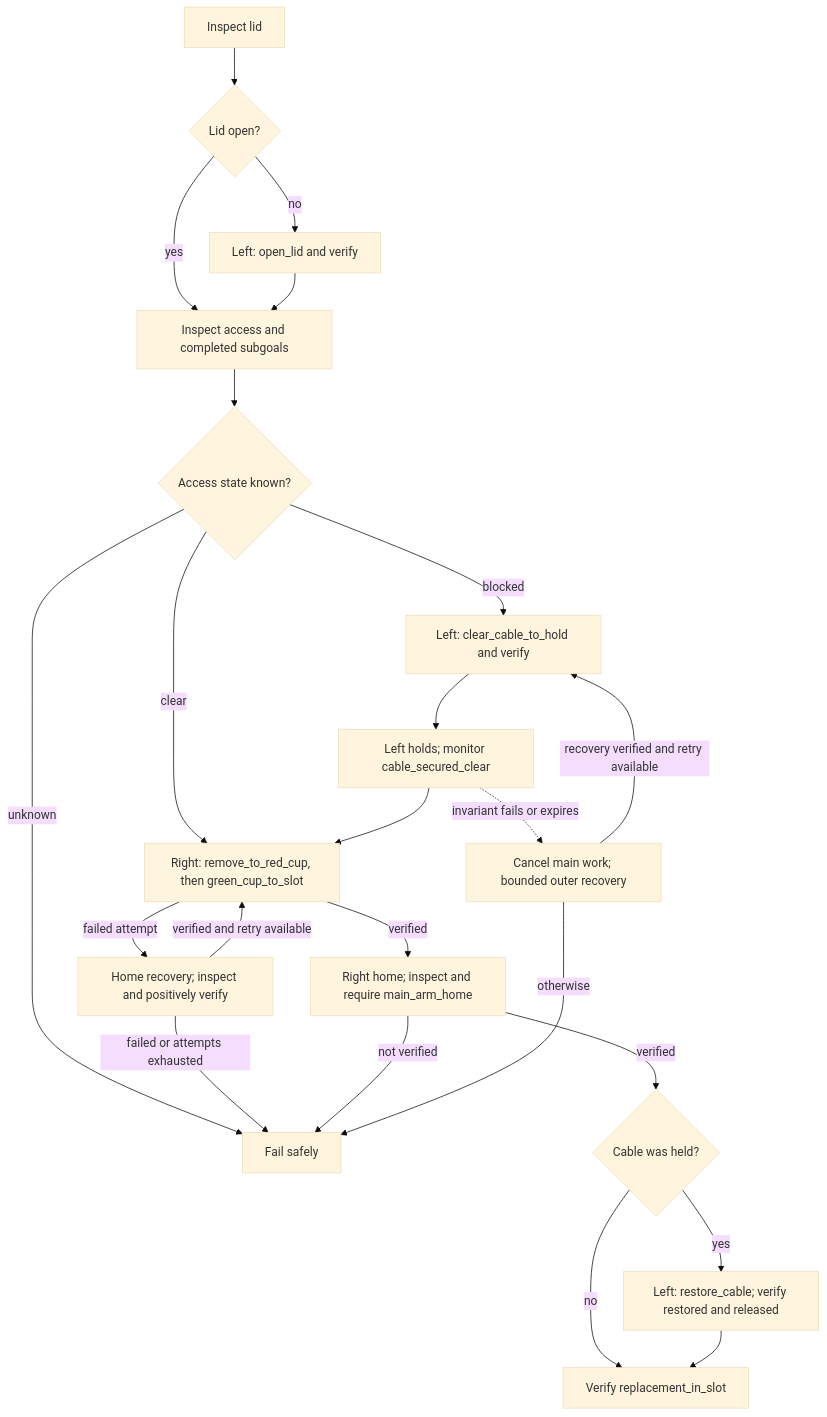
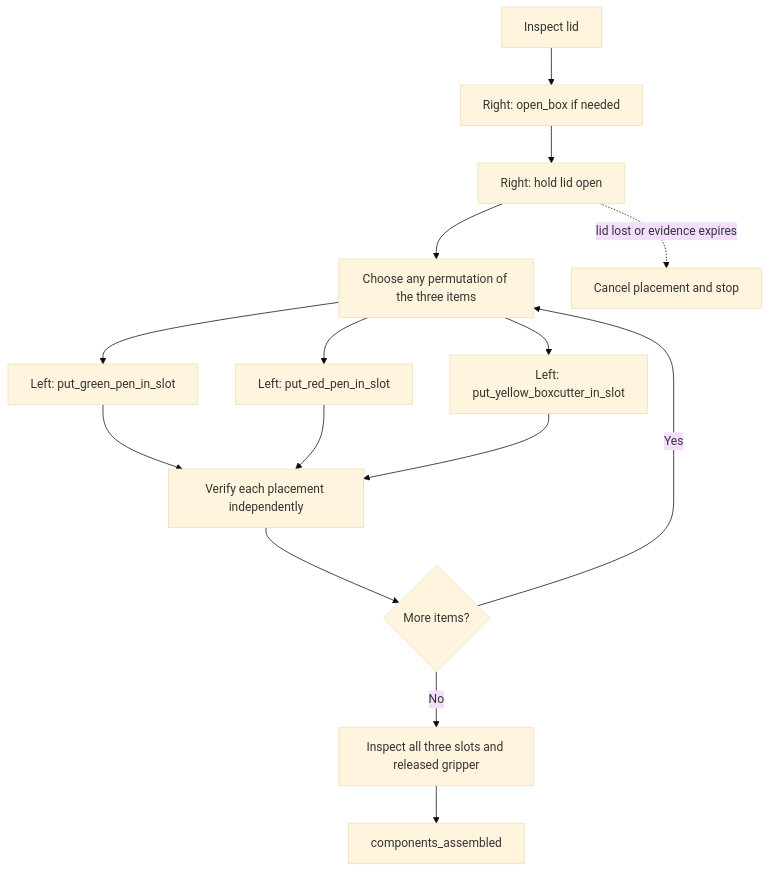
The first of 2 diagrams in docs/showcase-runtime.md (Javgilavi/liminal), drawn with Mermaid (base theme) before and after one commit. The commit also changed other lines of this file and 19 other files, not shown here.

Commit message:
ws3: orchestrate box opening and arbitrary-order component placement

````diff
--- a/docs/showcase-runtime.md
+++ b/docs/showcase-runtime.md
@@ -65,25 +8,17 @@
 ```mermaid
 flowchart TD
-    START[Inspect lid] --> LID{Lid open?}
-    LID -->|no| OPEN[Left: open_lid and verify]
-    LID -->|yes| ACCESS[Inspect access and completed subgoals]
-    OPEN --> ACCESS
-    ACCESS --> ROUTE{Access state known?}
-    ROUTE -->|unknown| STOP[Fail safely]
-    ROUTE -->|clear| MAIN[Right: remove_to_red_cup, then green_cup_to_slot]
-    ROUTE -->|blocked| CABLE[Left: clear_cable_to_hold and verify]
-    CABLE --> HOLD[Left holds; monitor cable_secured_clear]
-    HOLD --> MAIN
-    MAIN -->|verified| HOME[Right home; inspect and require main_arm_home]
-    MAIN -->|failed attempt| RECOVER[Home recovery; inspect and positively verify]
-    RECOVER -->|verified and retry available| MAIN
-    RECOVER -->|failed or attempts exhausted| STOP
-    HOME -->|not verified| STOP
-    HOME -->|verified| RESTORE{Cable was held?}
-    RESTORE -->|yes| PUTBACK[Left: restore_cable; verify restored and released]
-    RESTORE -->|no| GOAL[Verify replacement_in_slot]
-    PUTBACK --> GOAL
-    HOLD -.->|invariant fails or expires| CANCEL[Cancel main work; bounded outer recovery]
-    CANCEL -->|recovery verified and retry available| CABLE
-    CANCEL -->|otherwise| STOP
+    Inspect[Inspect lid] --> Open[Right: open_box if needed]
+    Open --> Hold[Right: hold lid open]
+    Hold --> Order[Choose any permutation of the three items]
+    Order --> Green[Left: put_green_pen_in_slot]
+    Order --> Red[Left: put_red_pen_in_slot]
+    Order --> Yellow[Left: put_yellow_boxcutter_in_slot]
+    Green --> Verify[Verify each placement independently]
+    Red --> Verify
+    Yellow --> Verify
+    Verify --> Next{More items?}
+    Next -->|Yes| Order
+    Next -->|No| Final[Inspect all three slots and released gripper]
+    Final --> Done[components_assembled]
+    Hold -. lid lost or evidence expires .-> Stop[Cancel placement and stop]
 ```
````
